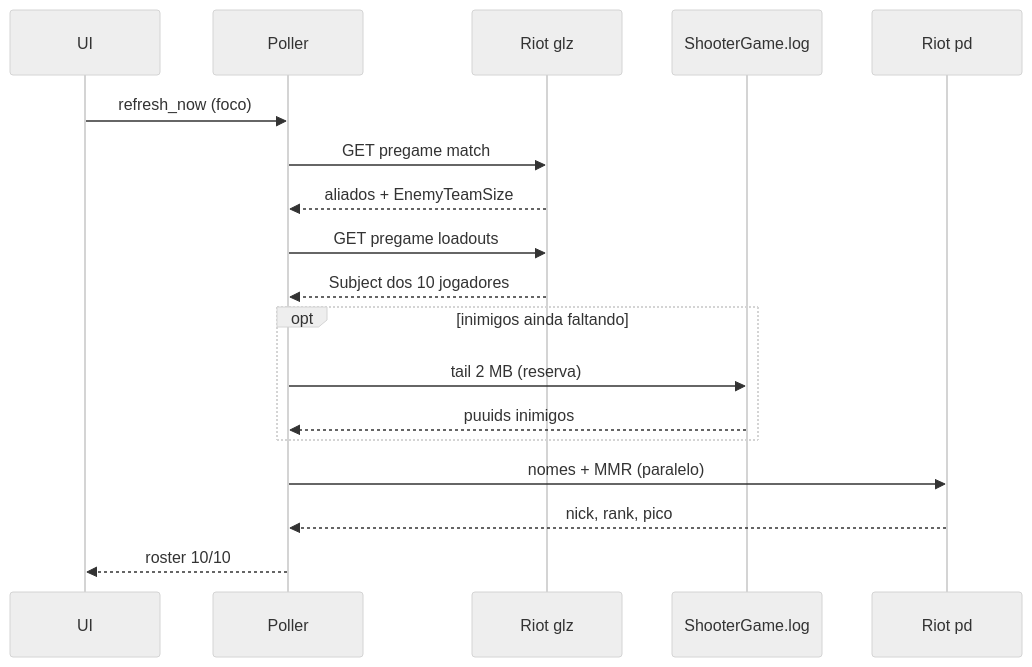
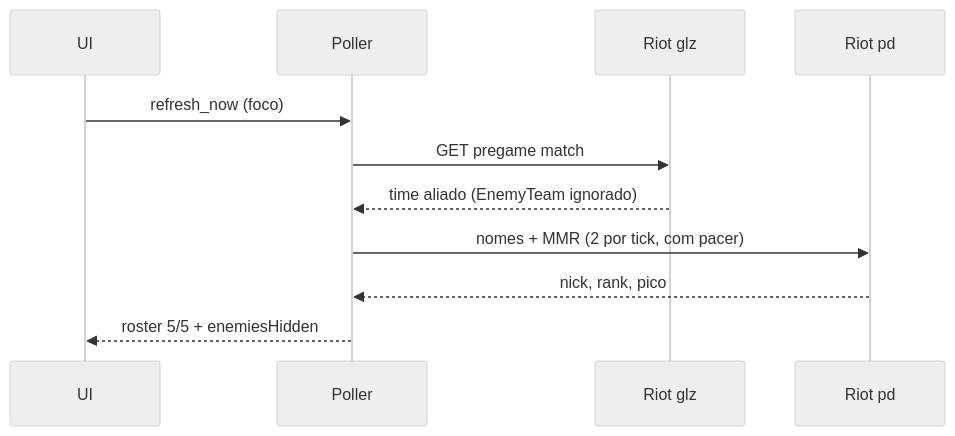
Before and after one commit to nvd7/crymora: the second of 2 diagrams in docs/ARCHITECTURE.md, drawn with Mermaid (neutral theme). The commit also changed other lines of this file and 7 other files, not shown here.

````diff
--- a/docs/ARCHITECTURE.md
+++ b/docs/ARCHITECTURE.md
@@ -90,20 +92,13 @@
 ```mermaid
 sequenceDiagram
     participant UI
     participant Poller
     participant GLZ as Riot glz
-    participant Log as ShooterGame.log
     participant PD as Riot pd
     UI->>Poller: refresh_now (foco)
     Poller->>GLZ: GET pregame match
-    GLZ-->>Poller: aliados + EnemyTeamSize
-    Poller->>GLZ: GET pregame loadouts
-    GLZ-->>Poller: Subject dos 10 jogadores
-    opt inimigos ainda faltando
-        Poller->>Log: tail 2 MB (reserva)
-        Log-->>Poller: puuids inimigos
-    end
-    Poller->>PD: nomes + MMR (paralelo)
+    GLZ-->>Poller: time aliado (EnemyTeam ignorado)
+    Poller->>PD: nomes + MMR (2 por tick, com pacer)
     PD-->>Poller: nick, rank, pico
-    Poller-->>UI: roster 10/10
+    Poller-->>UI: roster 5/5 + enemiesHidden
 ```
````
